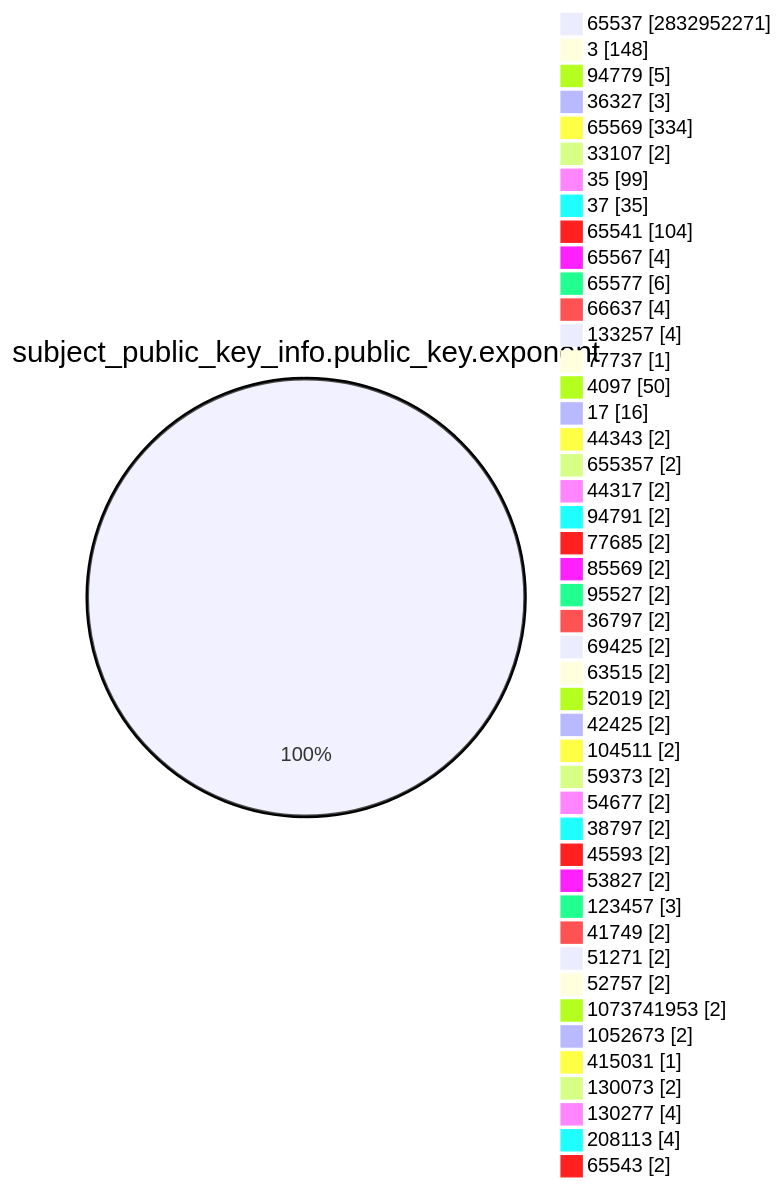
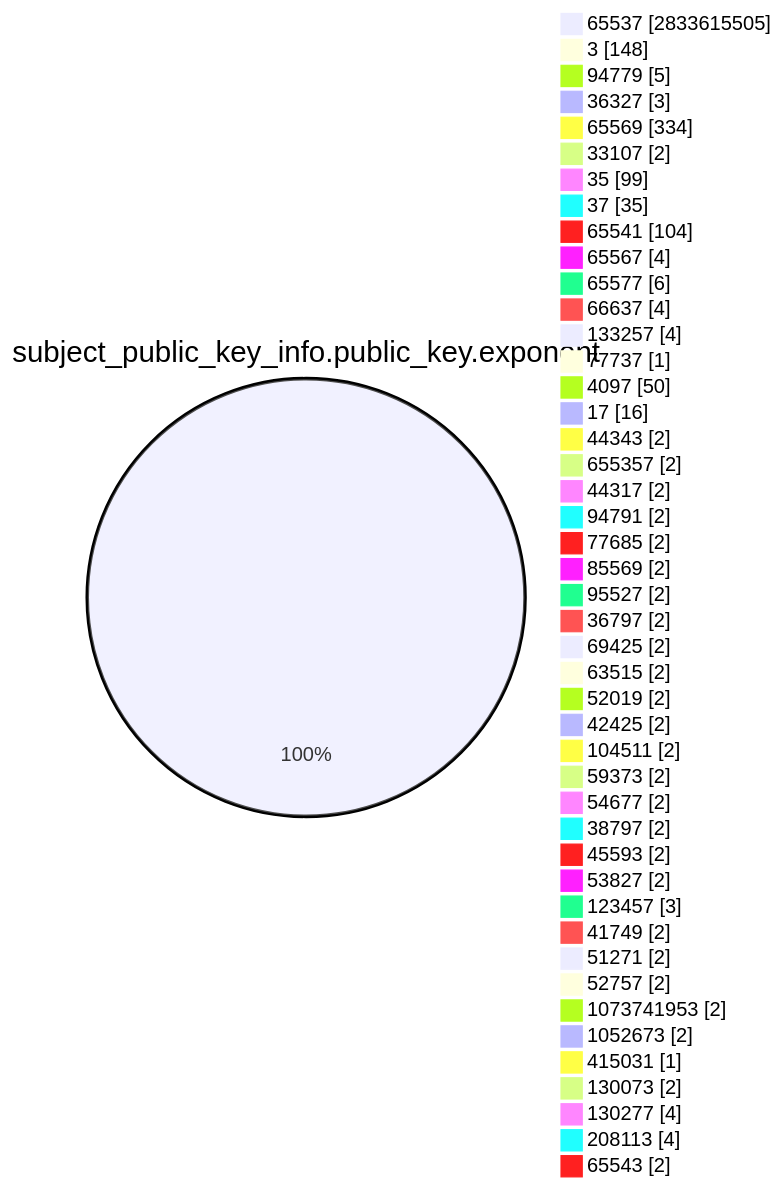
One commit to christiankrug/ctmonitor_visualization changed the fourth of 15 diagrams in TOTAL/README.md. Above: the diagram before and after it, drawn with Mermaid. The commit also changed other lines of this file, not shown here.

````diff
--- a/TOTAL/README.md
+++ b/TOTAL/README.md
@@ -1468,49 +1468,49 @@
 ```mermaid
 pie showData
 title subject_public_key_info.public_key.exponent
-"65537" :2832952271
+"65537" :2833615505
 "3" :148
 "94779" :5
 "36327" :3
 "65569" :334
 "33107" :2
 "35" :99
 "37" :35
 "65541" :104
 "65567" :4
 "65577" :6
 "66637" :4
 "133257" :4
 "77737" :1
 "4097" :50
 "17" :16
 "44343" :2
 "655357" :2
 "44317" :2
 "94791" :2
 "77685" :2
 "85569" :2
 "95527" :2
 "36797" :2
 "69425" :2
 "63515" :2
 "52019" :2
 "42425" :2
 "104511" :2
 "59373" :2
 "54677" :2
 "38797" :2
 "45593" :2
 "53827" :2
 "123457" :3
 "41749" :2
 "51271" :2
 "52757" :2
 "1073741953" :2
 "1052673" :2
 "415031" :1
 "130073" :2
 "130277" :4
 "208113" :4
 "65543" :2
 ```
````
